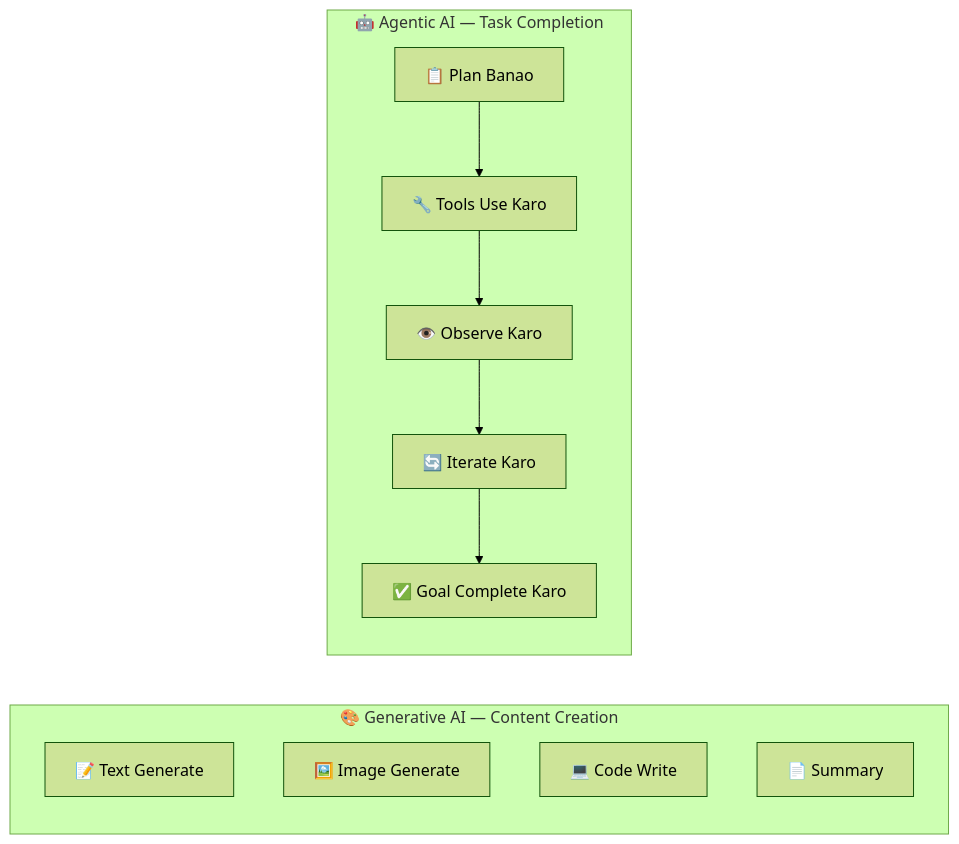
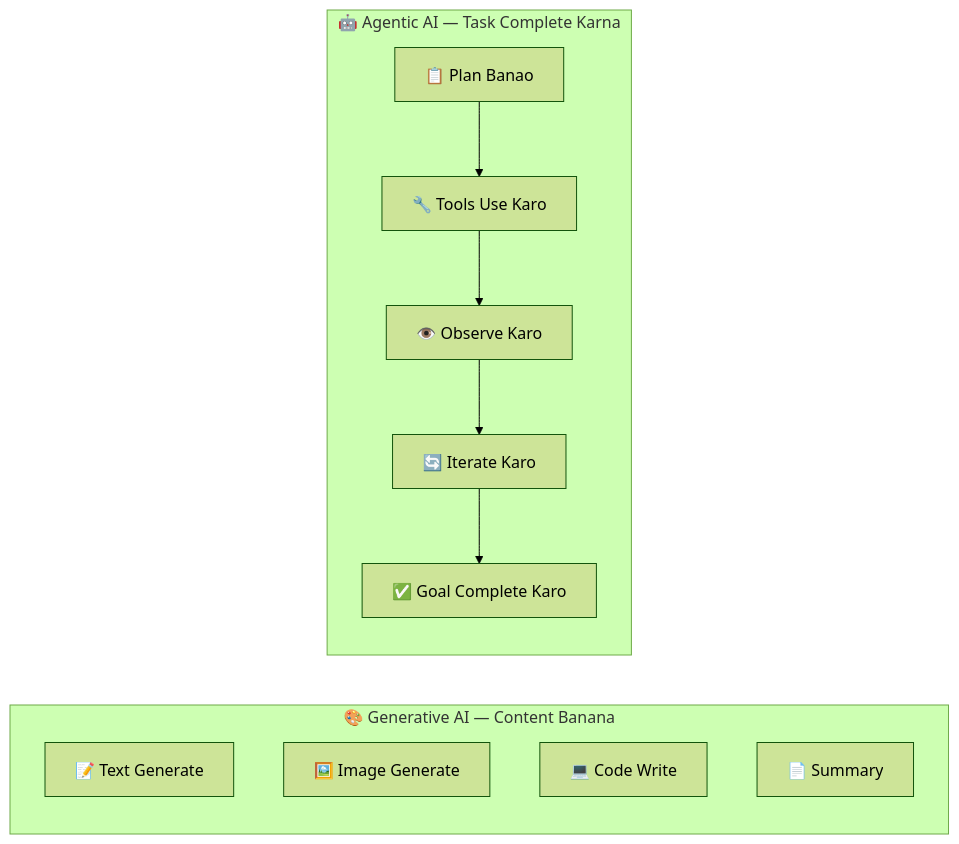
Before and after one commit to Sameer-Malik20/SusaGPT-Build-LLM-From-Scratch-With-Hinglish-Learning-Material: the first of 15 diagrams in docs/agentic_ai_learning/00_Foundations/Agentic_AI_Guide.md, drawn with Mermaid (forest theme). The commit also changed other lines of this file and 25 other files, not shown here.

````diff
--- a/docs/agentic_ai_learning/00_Foundations/Agentic_AI_Guide.md
+++ b/docs/agentic_ai_learning/00_Foundations/Agentic_AI_Guide.md
@@ -41,18 +41,18 @@
 ```mermaid
 flowchart LR
-    subgraph GEN ["🎨 Generative AI — Content Creation"]
+    subgraph GEN ["🎨 Generative AI — Content Banana"]
         G1["📝 Text Generate"]
         G2["🖼️ Image Generate"]
         G3["💻 Code Write"]
         G4["📄 Summary"]
     end
 
-    subgraph AGENT ["🤖 Agentic AI — Task Completion"]
+    subgraph AGENT ["🤖 Agentic AI — Task Complete Karna"]
         A1["📋 Plan Banao"]
         A2["🔧 Tools Use Karo"]
         A3["👁️ Observe Karo"]
         A4["🔄 Iterate Karo"]
         A5["✅ Goal Complete Karo"]
         A1 --> A2 --> A3 --> A4 --> A5
     end
 ```
````
